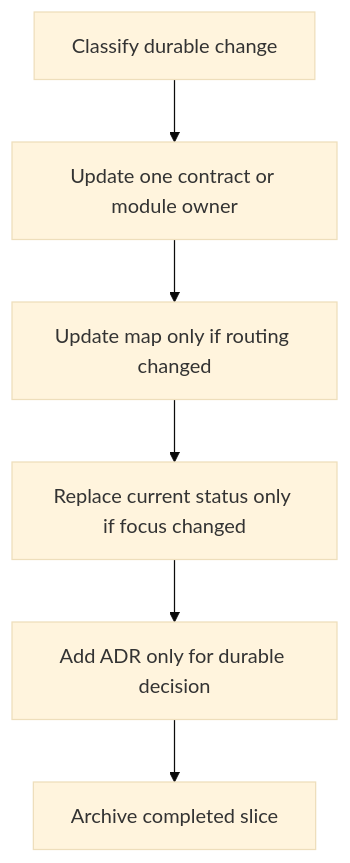
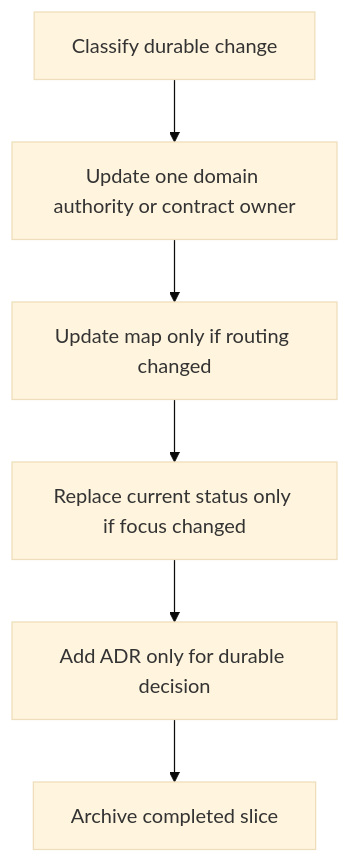
One commit to czh869452912/ccode-win7 changed the diagram in docs/workflows/code-doc-sync.md. Above: the diagram before and after it, drawn with Mermaid (base theme). The commit also changed other lines of this file and 42 other files, not shown here.

Commit message:
docs: converge current architecture authorities

````diff
--- a/docs/workflows/code-doc-sync.md
+++ b/docs/workflows/code-doc-sync.md
@@ -14,8 +14,8 @@
 ```mermaid
 flowchart TD
-    A["Classify durable change"] --> B["Update one contract or module owner"]
+    A["Classify durable change"] --> B["Update one domain authority or contract owner"]
     B --> C["Update map only if routing changed"]
     C --> D["Replace current status only if focus changed"]
     D --> E["Add ADR only for durable decision"]
     E --> F["Archive completed slice"]
 ```
````
